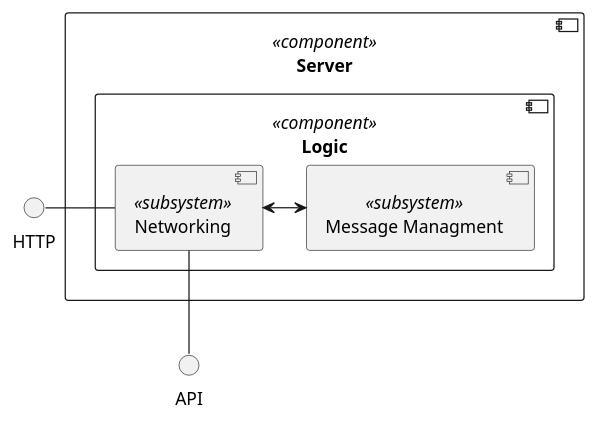
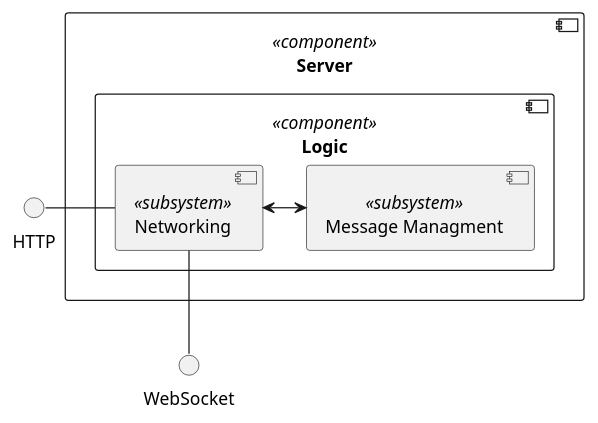
One commit to Brotenko/QualityQuest changed the diagram in Docs/Technical Specifications/docs/diagrams/ServerComponentDiagram.puml. Above: the diagram before and after it, drawn with PlantUML. The commit also changed 6 other files, not shown here.

Commit message:
some refactoring and update of class and componentdiagram

```diff
--- a/Docs/Technical Specifications/docs/diagrams/ServerComponentDiagram.puml
+++ b/Docs/Technical Specifications/docs/diagrams/ServerComponentDiagram.puml
@@ -1,17 +1,17 @@
 @startuml
 () "HTTP" as http
-() "API" as api
+() "WebSocket" as api
 
 component "Server" <<component>> as server{
 component "Logic" <<component>> as logic{
     [Networking] <<subsystem>> as network
     [Message Managment] <<subsystem>> as message
 }
 }
 http -right- network
 
 
 network <-> message
 
 api -up- network
 @enduml
```
